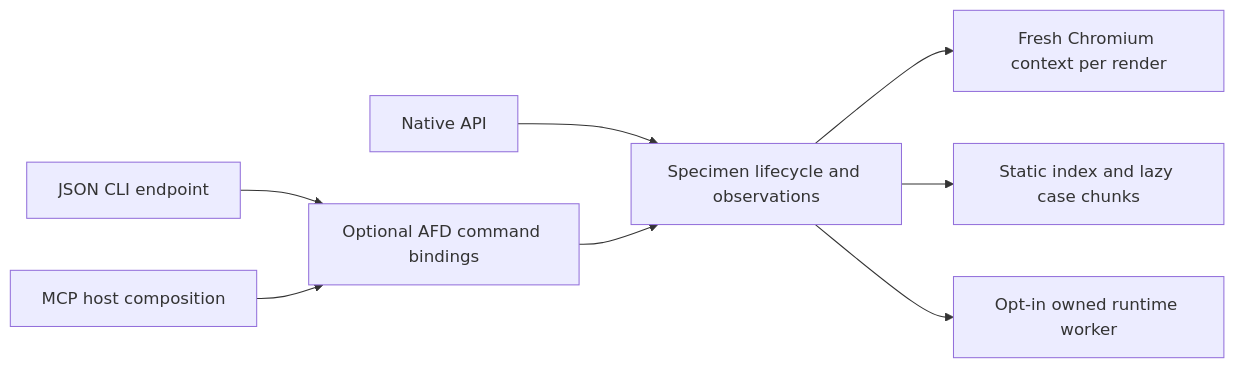
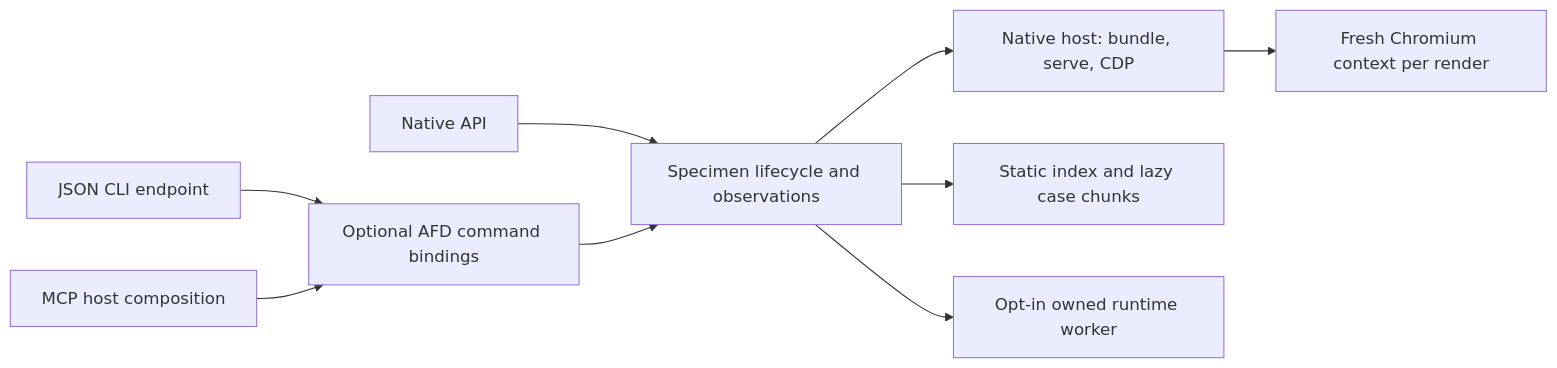
Before and after one commit to lushly-dev/afd: the diagram in docs/features/active/specimens/implementation.md, drawn with Mermaid. The commit also changed other lines of this file and 49 other files, not shown here.

First line of the commit message:
perf(specimen): T04 optimization rounds — native Rust host (#616)

````diff
--- a/docs/features/active/specimens/implementation.md
+++ b/docs/features/active/specimens/implementation.md
@@ -23,10 +23,11 @@
 ```mermaid
 flowchart LR
     API[Native API] --> Core[Specimen lifecycle and observations]
     CLI[JSON CLI endpoint] --> Bindings[Optional AFD command bindings]
     MCP[MCP host composition] --> Bindings
     Bindings --> Core
-    Core --> Browser[Fresh Chromium context per render]
+    Core --> Host[Native host: bundle, serve, CDP]
+    Host --> Browser[Fresh Chromium context per render]
     Core --> Static[Static index and lazy case chunks]
     Core --> Worker[Opt-in owned runtime worker]
 ```
````
